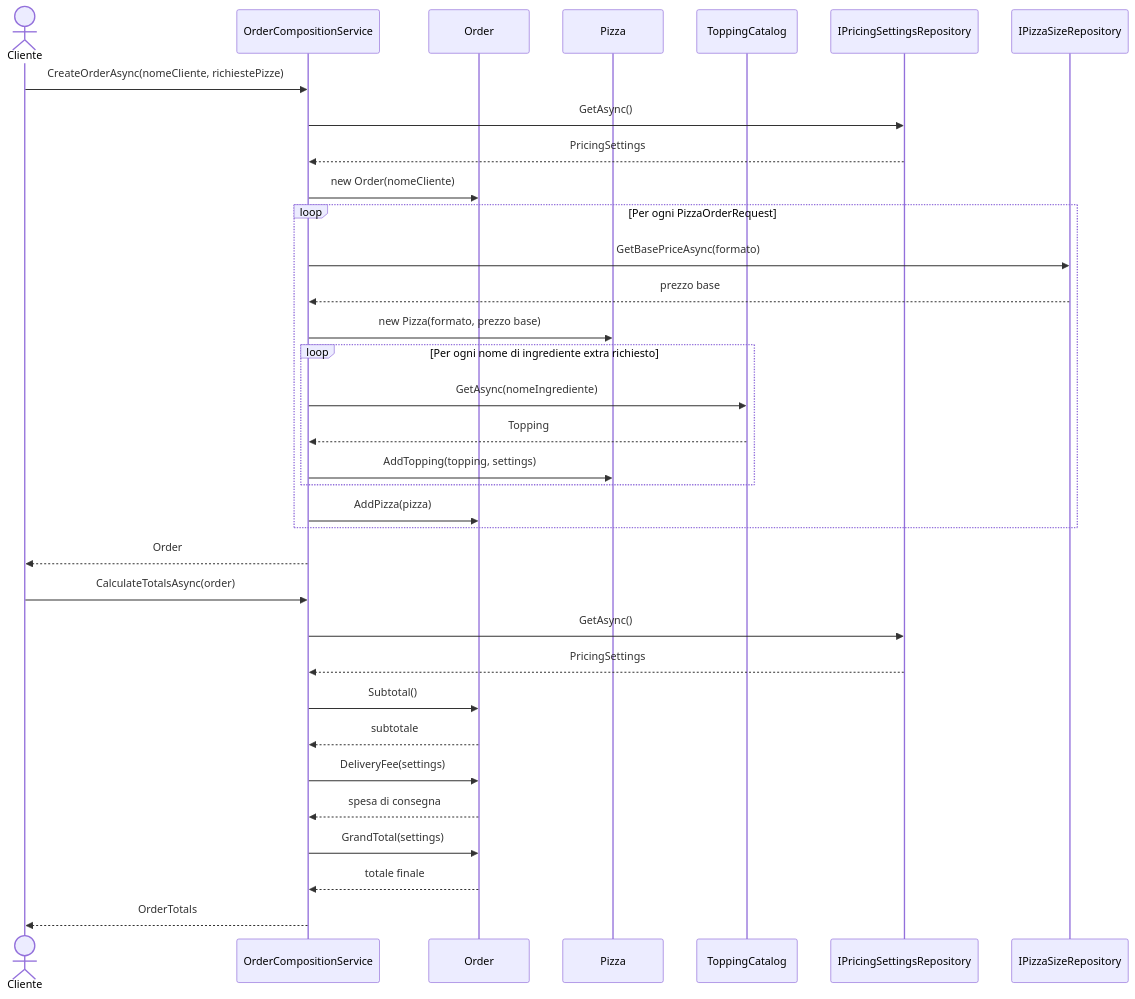
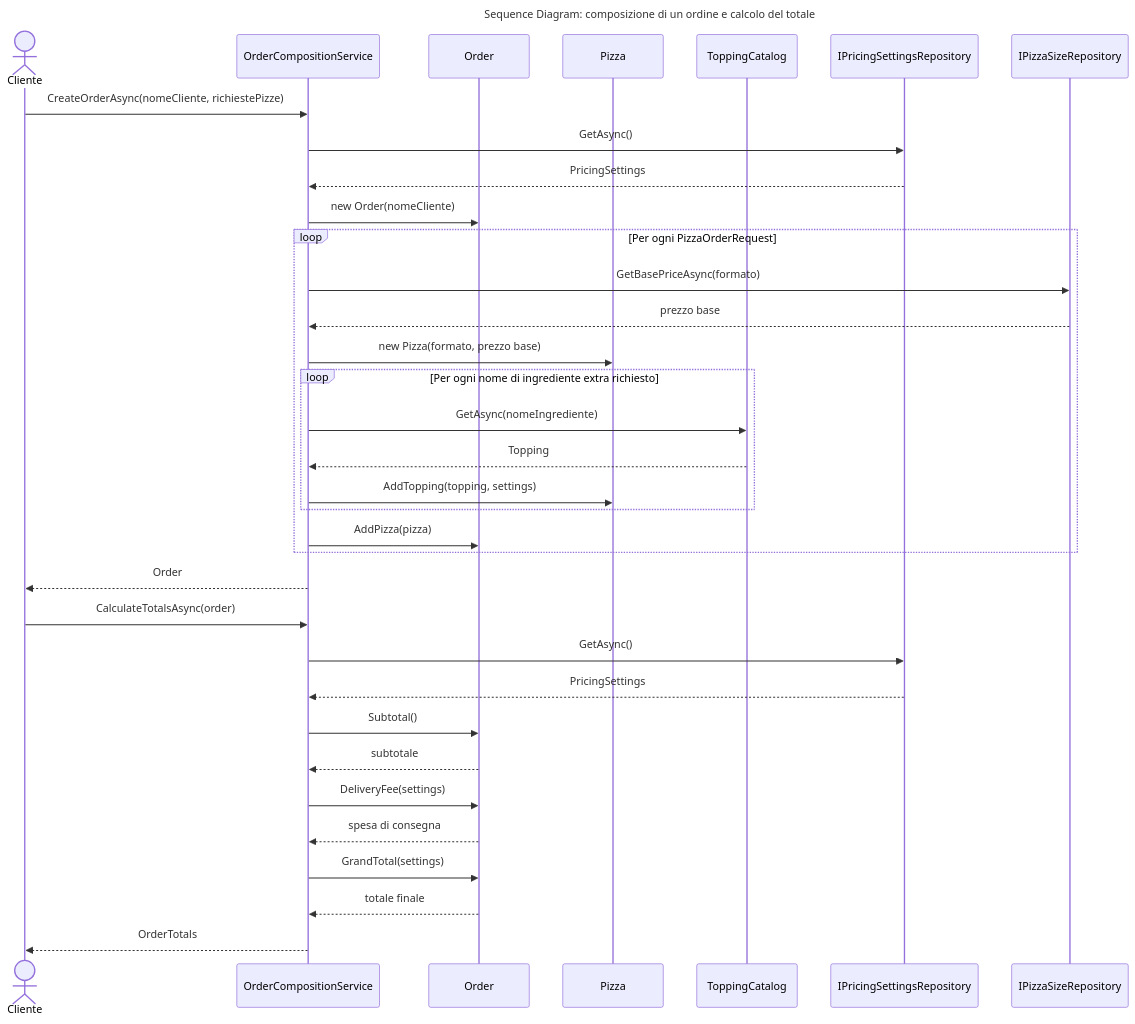
The diagram in docs/c4-model/05-sequence-diagram.md (Timon-code95/PizzaShop), drawn with Mermaid before and after one commit. The commit also changed other lines of this file, not shown here.

Commit message:
Aggiungi il caso d'uso al diagramma di sequenza

````diff
--- a/docs/c4-model/05-sequence-diagram.md
+++ b/docs/c4-model/05-sequence-diagram.md
@@ -12,41 +12,44 @@
 ```mermaid
+---
+title: "Sequence Diagram: composizione di un ordine e calcolo del totale"
+---
 sequenceDiagram
 	actor Cliente
 	participant OrderCompositionService
 	participant Order
 	participant Pizza
 	participant ToppingCatalog
 	participant PricingSettingsRepository as IPricingSettingsRepository
 	participant PizzaSizeRepository as IPizzaSizeRepository
 
 	Cliente->>OrderCompositionService: CreateOrderAsync(nomeCliente, richiestePizze)
 	OrderCompositionService->>PricingSettingsRepository: GetAsync()
 	PricingSettingsRepository-->>OrderCompositionService: PricingSettings
 	OrderCompositionService->>Order: new Order(nomeCliente)
 
 	loop Per ogni PizzaOrderRequest
 		OrderCompositionService->>PizzaSizeRepository: GetBasePriceAsync(formato)
 		PizzaSizeRepository-->>OrderCompositionService: prezzo base
 		OrderCompositionService->>Pizza: new Pizza(formato, prezzo base)
 		loop Per ogni nome di ingrediente extra richiesto
 			OrderCompositionService->>ToppingCatalog: GetAsync(nomeIngrediente)
 			ToppingCatalog-->>OrderCompositionService: Topping
 			OrderCompositionService->>Pizza: AddTopping(topping, settings)
 		end
 		OrderCompositionService->>Order: AddPizza(pizza)
 	end
 
 	OrderCompositionService-->>Cliente: Order
 
 	Cliente->>OrderCompositionService: CalculateTotalsAsync(order)
 	OrderCompositionService->>PricingSettingsRepository: GetAsync()
 	PricingSettingsRepository-->>OrderCompositionService: PricingSettings
 	OrderCompositionService->>Order: Subtotal()
 	Order-->>OrderCompositionService: subtotale
 	OrderCompositionService->>Order: DeliveryFee(settings)
 	Order-->>OrderCompositionService: spesa di consegna
 	OrderCompositionService->>Order: GrandTotal(settings)
 	Order-->>OrderCompositionService: totale finale
 
 	OrderCompositionService-->>Cliente: OrderTotals
 ```
````
